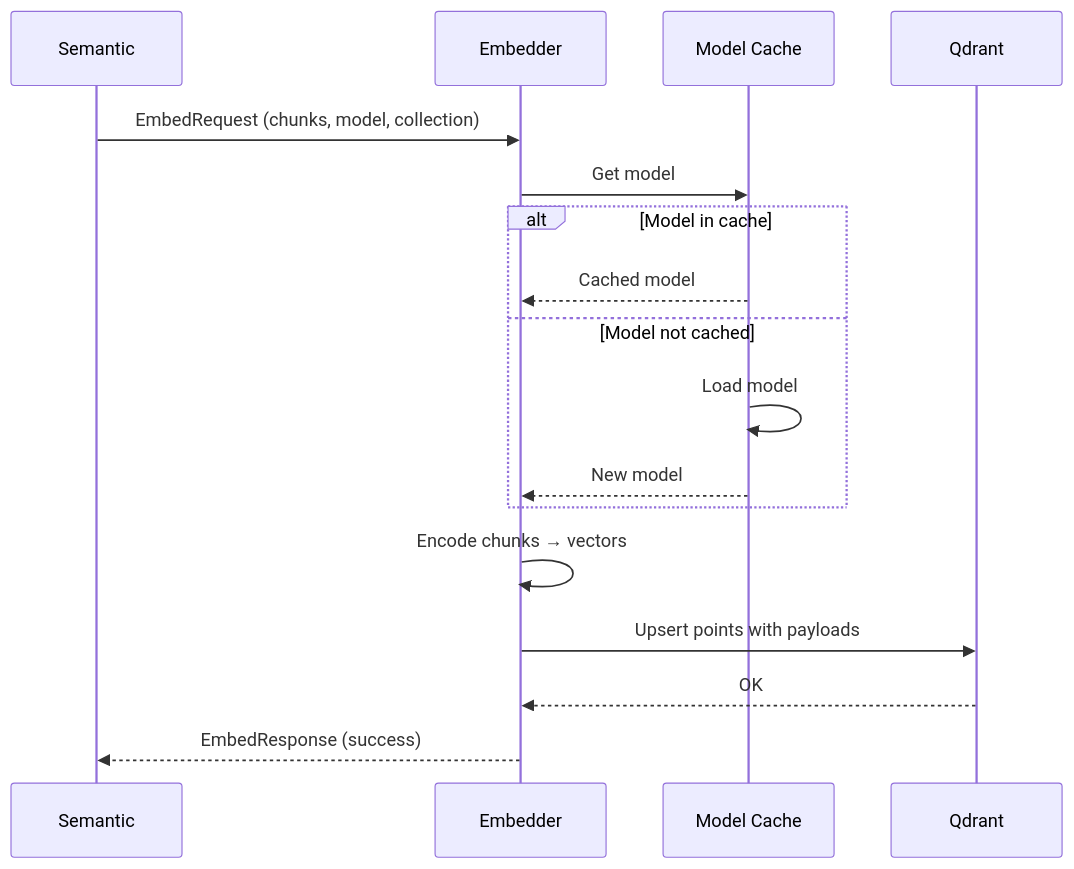
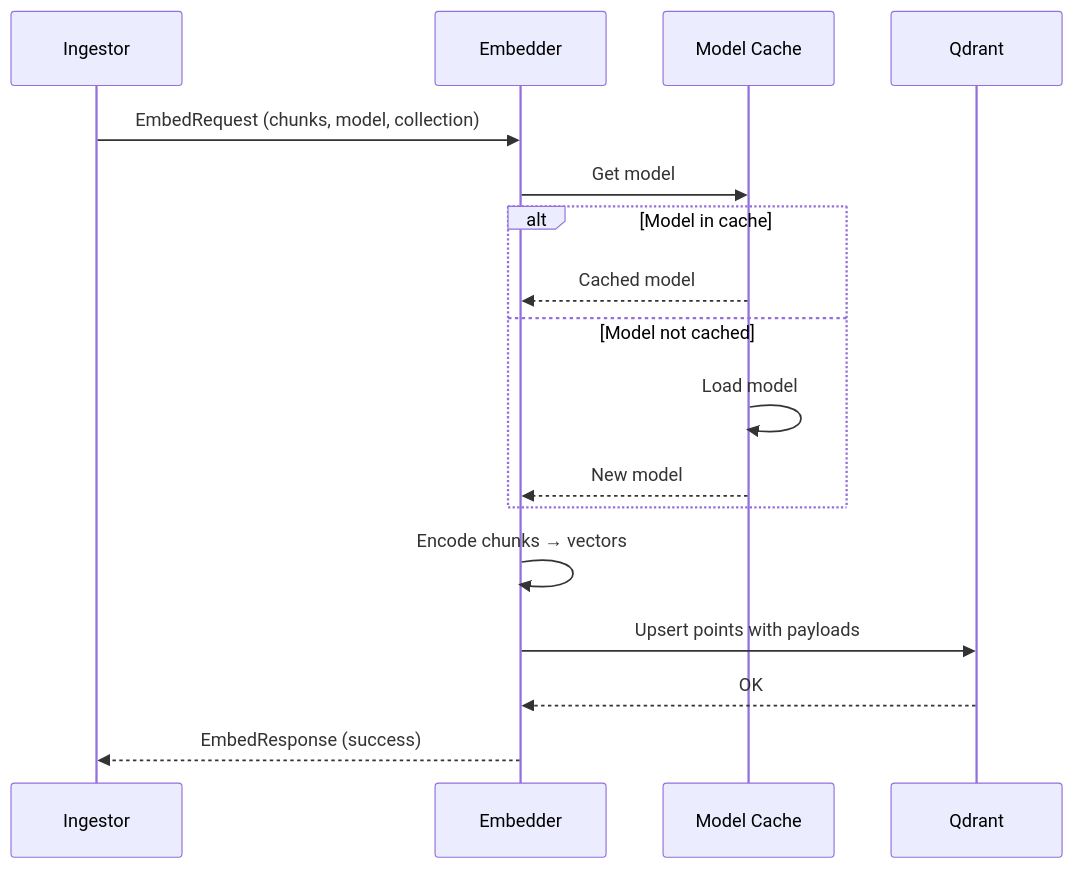
One commit to gen-mind/EchoMind changed the second of 2 diagrams in docs/services/embedder-service.md. Above: the diagram before and after it, drawn with Mermaid. The commit also changed other lines of this file and 3 other files, not shown here.

Commit message:
migrating from semantic to ingestor

````diff
--- a/docs/services/embedder-service.md
+++ b/docs/services/embedder-service.md
@@ -49,23 +49,23 @@
 ```mermaid
 sequenceDiagram
-    participant S as Semantic
+    participant I as Ingestor
     participant E as Embedder
     participant M as Model Cache
     participant Q as Qdrant
 
-    S->>E: EmbedRequest (chunks, model, collection)
+    I->>E: EmbedRequest (chunks, model, collection)
 
     E->>M: Get model
     alt Model in cache
         M-->>E: Cached model
     else Model not cached
         M->>M: Load model
         M-->>E: New model
     end
 
     E->>E: Encode chunks → vectors
     E->>Q: Upsert points with payloads
     Q-->>E: OK
 
-    E-->>S: EmbedResponse (success)
+    E-->>I: EmbedResponse (success)
 ```
````
